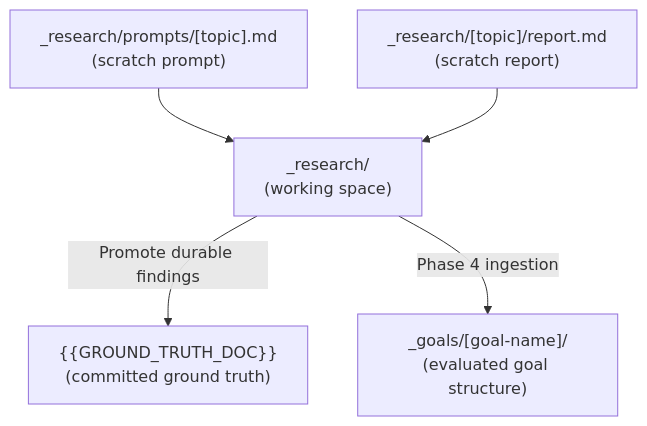
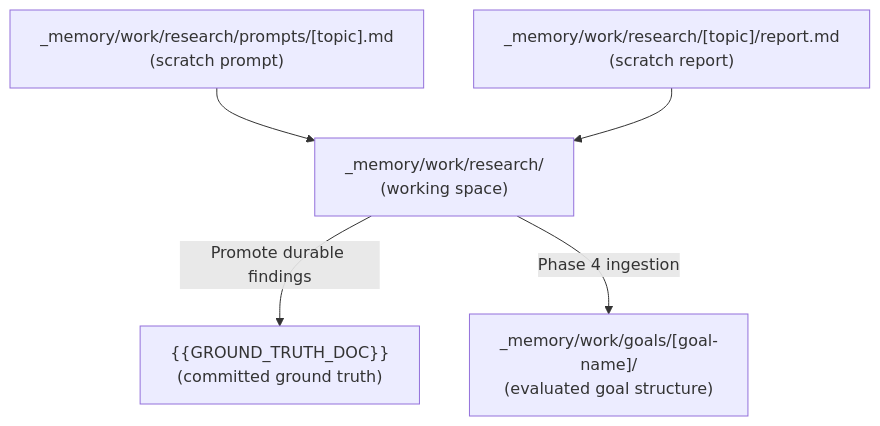
Before and after one commit to kdcllc/skills: the second of 3 diagrams in docs/agent-kit/guide/research-workflow.md, drawn with Mermaid. The commit also changed other lines of this file and 273 other files, not shown here.

````diff
--- a/docs/agent-kit/guide/research-workflow.md
+++ b/docs/agent-kit/guide/research-workflow.md
@@ -92,13 +92,13 @@
 ```mermaid
 flowchart TD
-    PromptPath["_research/prompts/[topic].md\n(scratch prompt)"]
-    ReportPath["_research/[topic]/report.md\n(scratch report)"]
-    ResearchDir["_research/\n(working space)"]
+    PromptPath["_memory/work/research/prompts/[topic].md\n(scratch prompt)"]
+    ReportPath["_memory/work/research/[topic]/report.md\n(scratch report)"]
+    ResearchDir["_memory/work/research/\n(working space)"]
     GroundTruth["{{GROUND_TRUTH_DOC}}\n(committed ground truth)"]
-    Goals["_goals/[goal-name]/\n(evaluated goal structure)"]
+    Goals["_memory/work/goals/[goal-name]/\n(evaluated goal structure)"]
 
     PromptPath --> ResearchDir
     ReportPath --> ResearchDir
     ResearchDir -->|"Promote durable findings"| GroundTruth
     ResearchDir -->|"Phase 4 ingestion"| Goals
 ```
````
